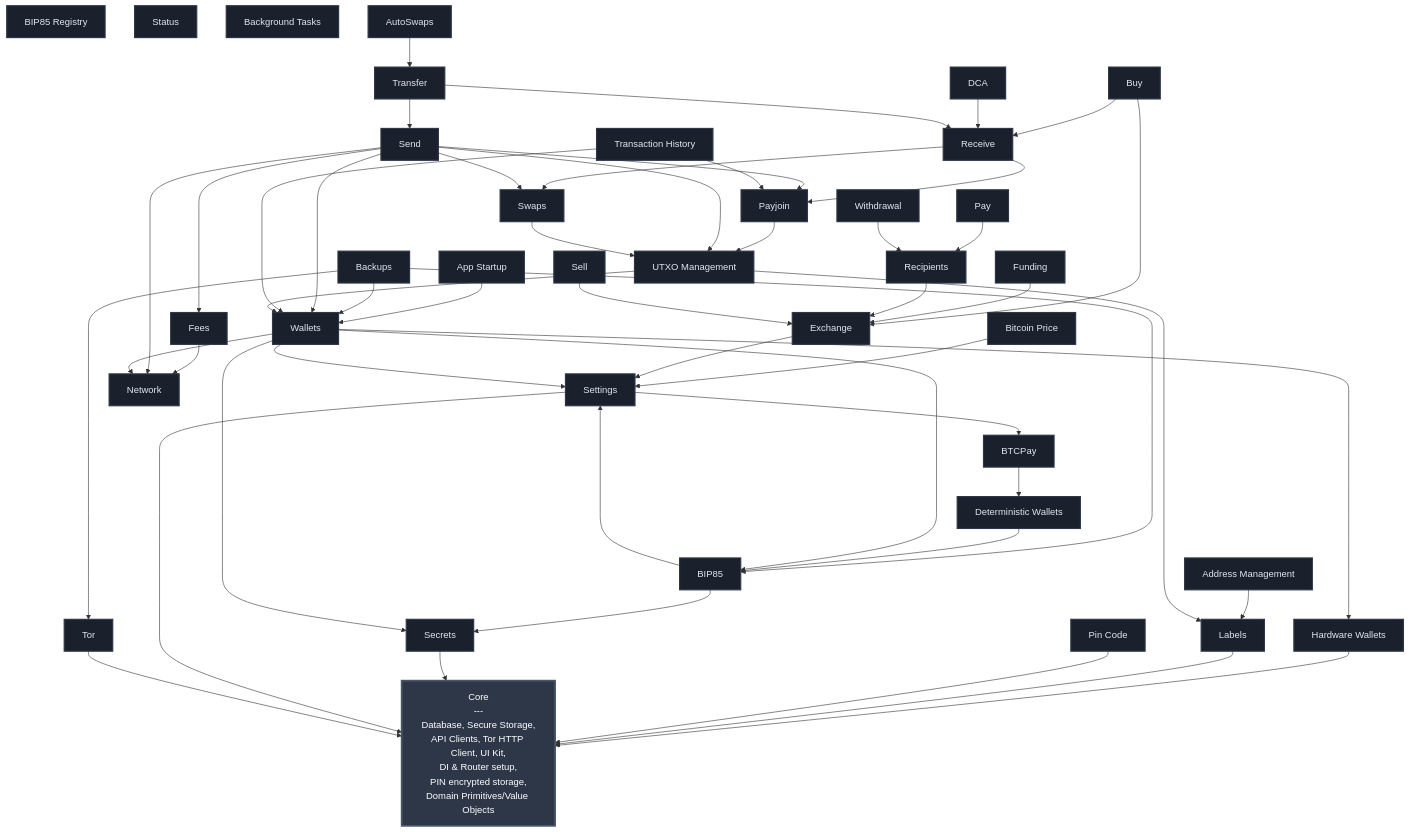
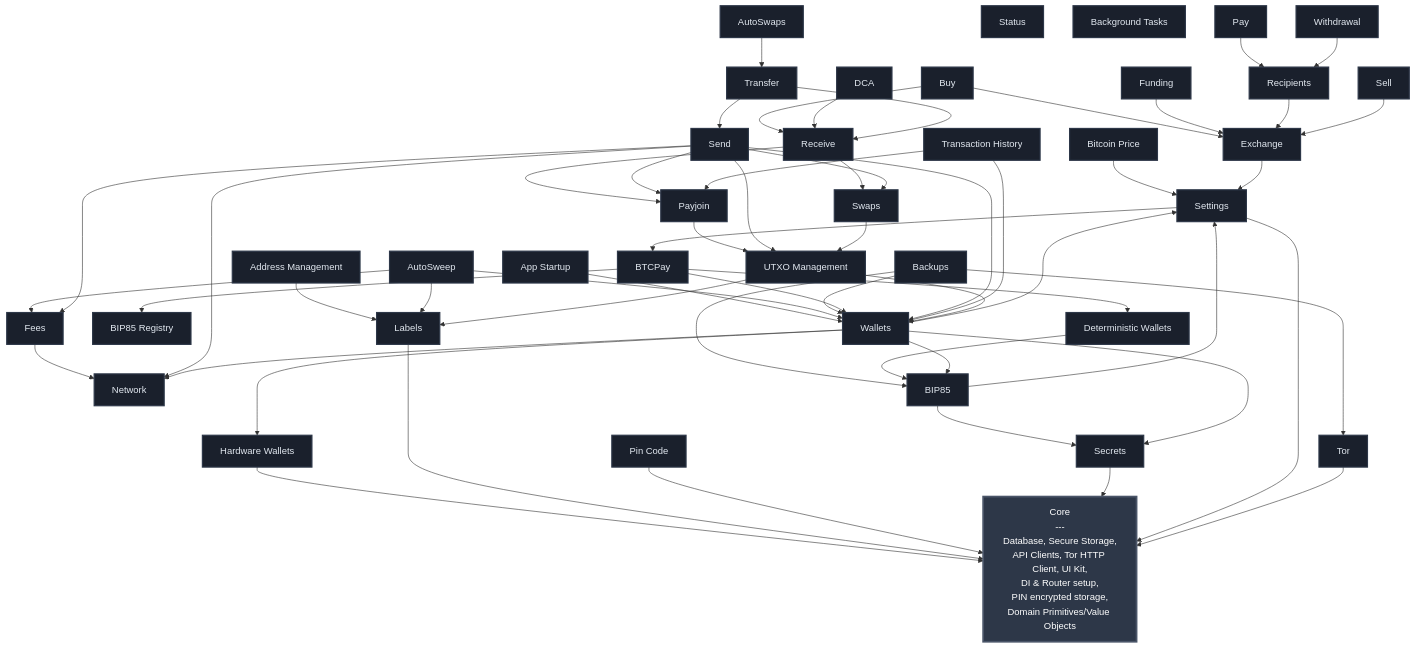
The diagram in FEATURES.md (BullishNode/bullbitcoin-mobile), drawn with Mermaid before and after one commit. The commit also changed 36 other files, not shown here.

Commit message:
feat(btcpay): wire registry wallets and autosweep settings

````diff
--- a/FEATURES.md
+++ b/FEATURES.md
@@ -43,6 +43,7 @@
     TX_HISTORY[Transaction History]
     BG_TASKS[Background Tasks]
     AUTOSWAPS[AutoSwaps]
+    AUTOSWEEP[AutoSweep]
     DCA[DCA]
     SELL[Sell]
     PAY[Pay]
@@ -55,13 +56,18 @@
     ADDRESS_MGMT --> LABELS
     APP_STARTUP --> WALLETS
     AUTOSWAPS --> TRANSFER
+    AUTOSWEEP --> FEES
+    AUTOSWEEP --> LABELS
+    AUTOSWEEP --> WALLETS
     BIP85 --> SECRETS
     BIP85 --> SETTINGS
     BACKUPS --> BIP85
     BACKUPS --> TOR
     BACKUPS --> WALLETS
     BTC_PRICE --> SETTINGS
+    BTCPAY --> BIP85_REGISTRY
     BTCPAY --> DETERMINISTIC_WALLETS
+    BTCPAY --> WALLETS
     DETERMINISTIC_WALLETS --> BIP85
     BUY --> EXCHANGE
     BUY --> RECEIVE
@@ -107,5 +113,5 @@
     classDef featureStyle fill:#1a202c,stroke:#2d3748,stroke-width:2px,color:#e2e8f0
 
     class CORE coreStyle
-    class SETTINGS,TOR,PIN_CODE,LABELS,SECRETS,HW_WALLETS,BTC_PRICE,BTCPAY,BIP85_REGISTRY,DETERMINISTIC_WALLETS,NETWORK,BIP85,FEES,WALLETS,EXCHANGE,APP_STARTUP,UTXO_MGMT,ADDRESS_MGMT,RECIPIENTS,FUNDING,BACKUPS,SWAPS,PAYJOIN,WITHDRAWAL,STATUS,SEND,RECEIVE,TRANSFER,TX_HISTORY,BG_TASKS,AUTOSWAPS,DCA,SELL,PAY,BUY featureStyle
+    class SETTINGS,TOR,PIN_CODE,LABELS,SECRETS,HW_WALLETS,BTC_PRICE,BTCPAY,BIP85_REGISTRY,DETERMINISTIC_WALLETS,NETWORK,BIP85,FEES,WALLETS,EXCHANGE,APP_STARTUP,UTXO_MGMT,ADDRESS_MGMT,RECIPIENTS,FUNDING,BACKUPS,SWAPS,PAYJOIN,WITHDRAWAL,STATUS,SEND,RECEIVE,TRANSFER,TX_HISTORY,BG_TASKS,AUTOSWAPS,AUTOSWEEP,DCA,SELL,PAY,BUY featureStyle
 ```
````
